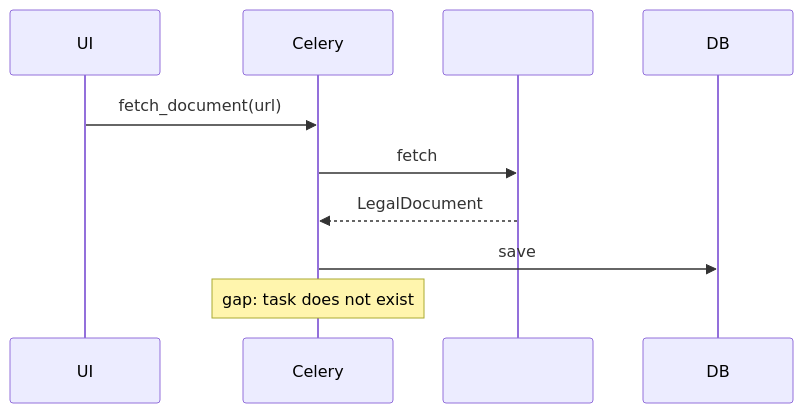
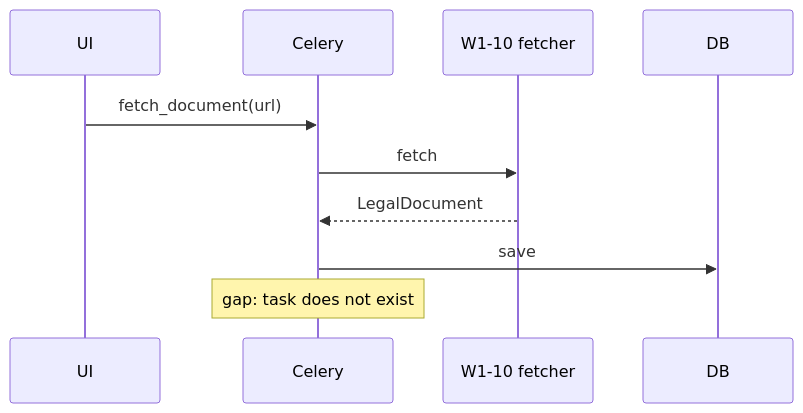
Before and after one commit to Stihotvor/law_by_ai: the fourth of 13 diagrams in docs/design/wave1-mvp/tickets/ingest-models.md, drawn with Mermaid. The commit also changed other lines of this file and 15 other files, not shown here.

````diff
--- a/docs/design/wave1-mvp/tickets/ingest-models.md
+++ b/docs/design/wave1-mvp/tickets/ingest-models.md
@@ -96,12 +96,12 @@
 ```mermaid
 sequenceDiagram
   participant UI
   participant Celery
-  participant Fetcher as #10 fetcher
+  participant Fetcher as W1-10 fetcher
   participant DB
   UI->>Celery: fetch_document(url)
   Celery->>Fetcher: fetch
   Fetcher-->>Celery: LegalDocument
   Celery->>DB: save
   Note over Celery: gap: task does not exist
 ```
````
